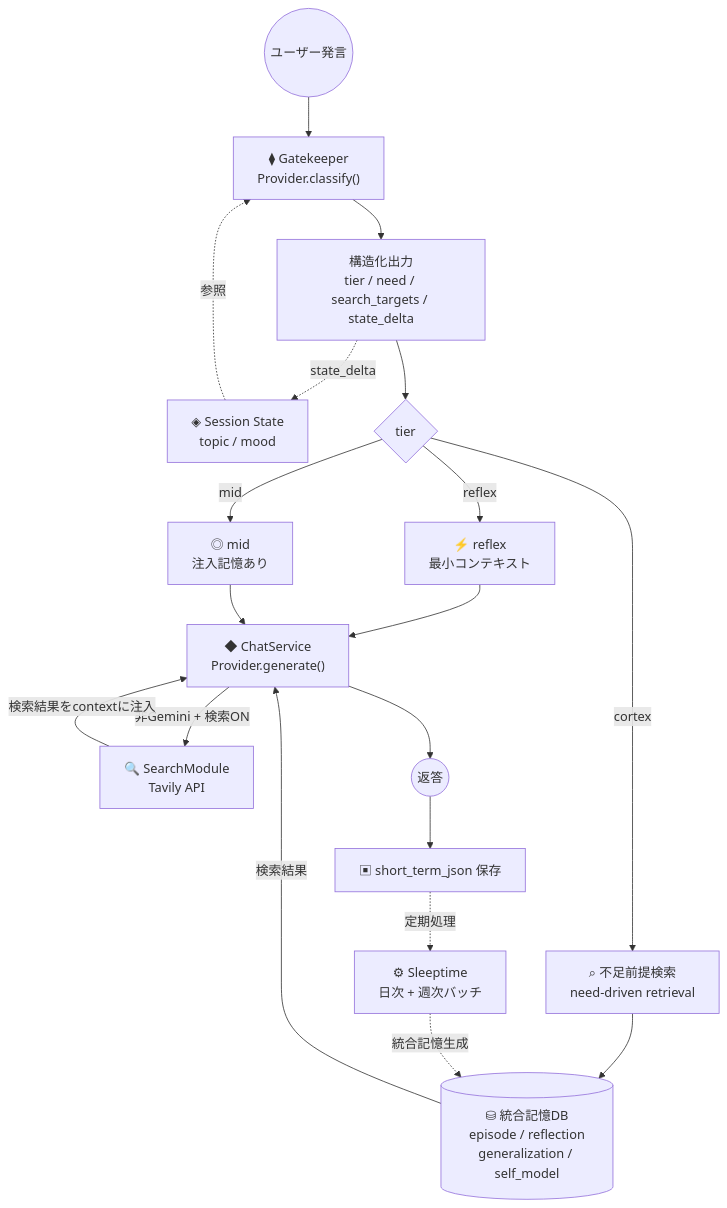
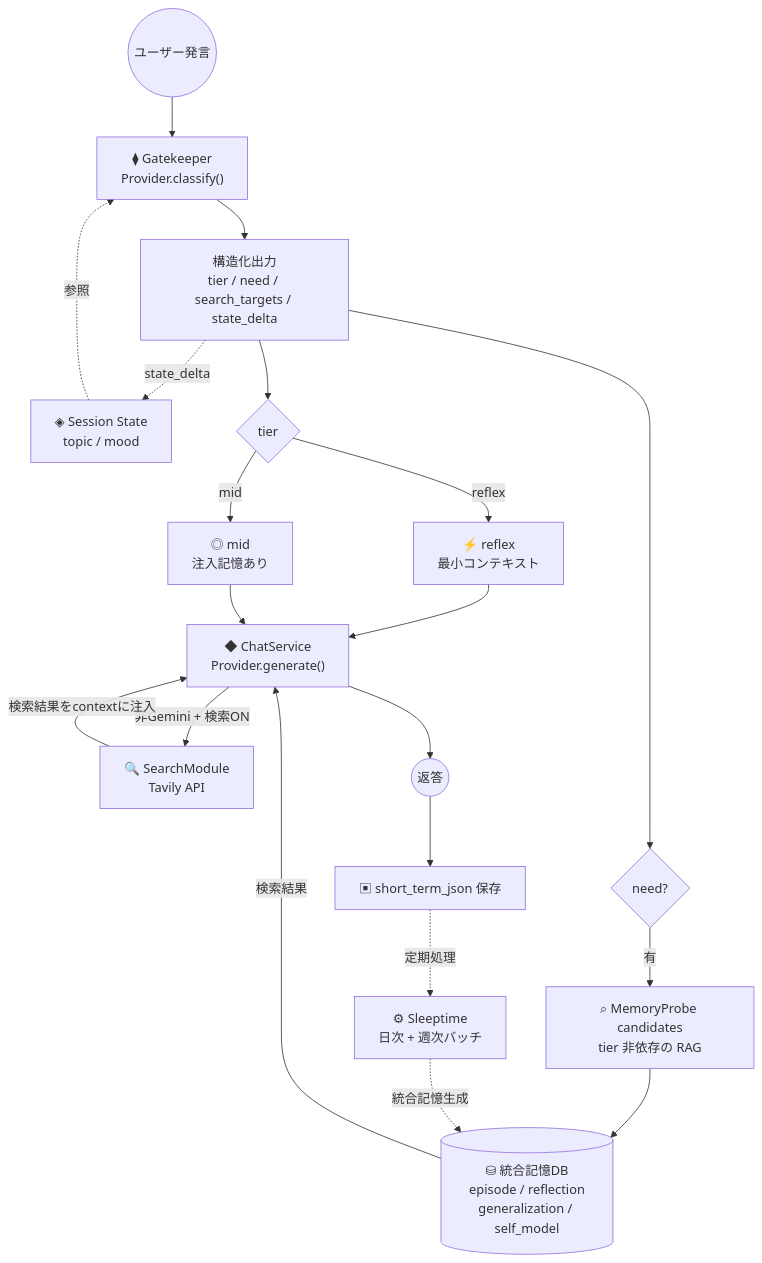
Before and after one commit to unagisann/Butly: the first of 6 diagrams in docs/DIAGRAMS.ja.md, drawn with Mermaid. The commit also changed 19 other files, not shown here.

````diff
--- a/docs/DIAGRAMS.ja.md
+++ b/docs/DIAGRAMS.ja.md
@@ -13,21 +13,22 @@
 ```mermaid
 flowchart TD
     A((ユーザー発言)) --> B["⧫ Gatekeeper<br/>Provider.classify()"]
     B --> C["構造化出力<br/>tier / need / search_targets / state_delta"]
     C -.->|state_delta| D["◈ Session State<br/>topic / mood"]
     D -.->|参照| B
     C --> E{tier}
     E -->|reflex| F["⚡ reflex<br/>最小コンテキスト"]
     E -->|mid| G["◎ mid<br/>注入記憶あり"]
-    E -->|cortex| H["⌕ 不足前提検索<br/>need-driven retrieval"]
+    C --> N{need?}
+    N -->|有| H["⌕ MemoryProbe candidates<br/>tier 非依存の RAG"]
     H --> I[("⛁ 統合記憶DB<br/>episode / reflection<br/>generalization / self_model")]
     F --> J["◆ ChatService<br/>Provider.generate()"]
     G --> J
     I -->|検索結果| J
     J -->|非Gemini + 検索ON| WS["🔍 SearchModule<br/>Tavily API"]
     WS -->|検索結果をcontextに注入| J
     J --> K((返答))
     K --> L["▣ short_term_json 保存"]
     L -.->|定期処理| M["⚙ Sleeptime<br/>日次 + 週次バッチ"]
     M -.->|統合記憶生成| I
 ```
````
